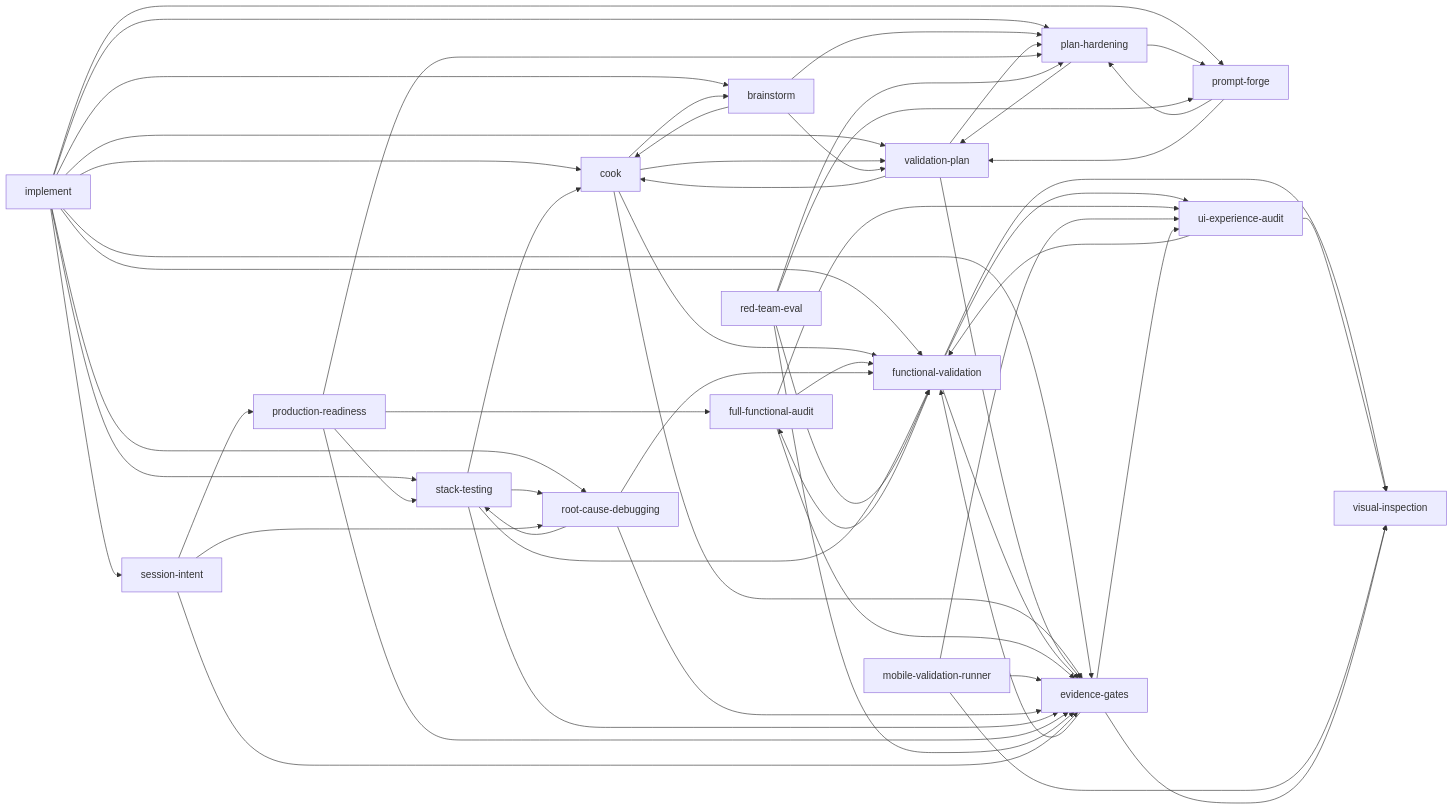
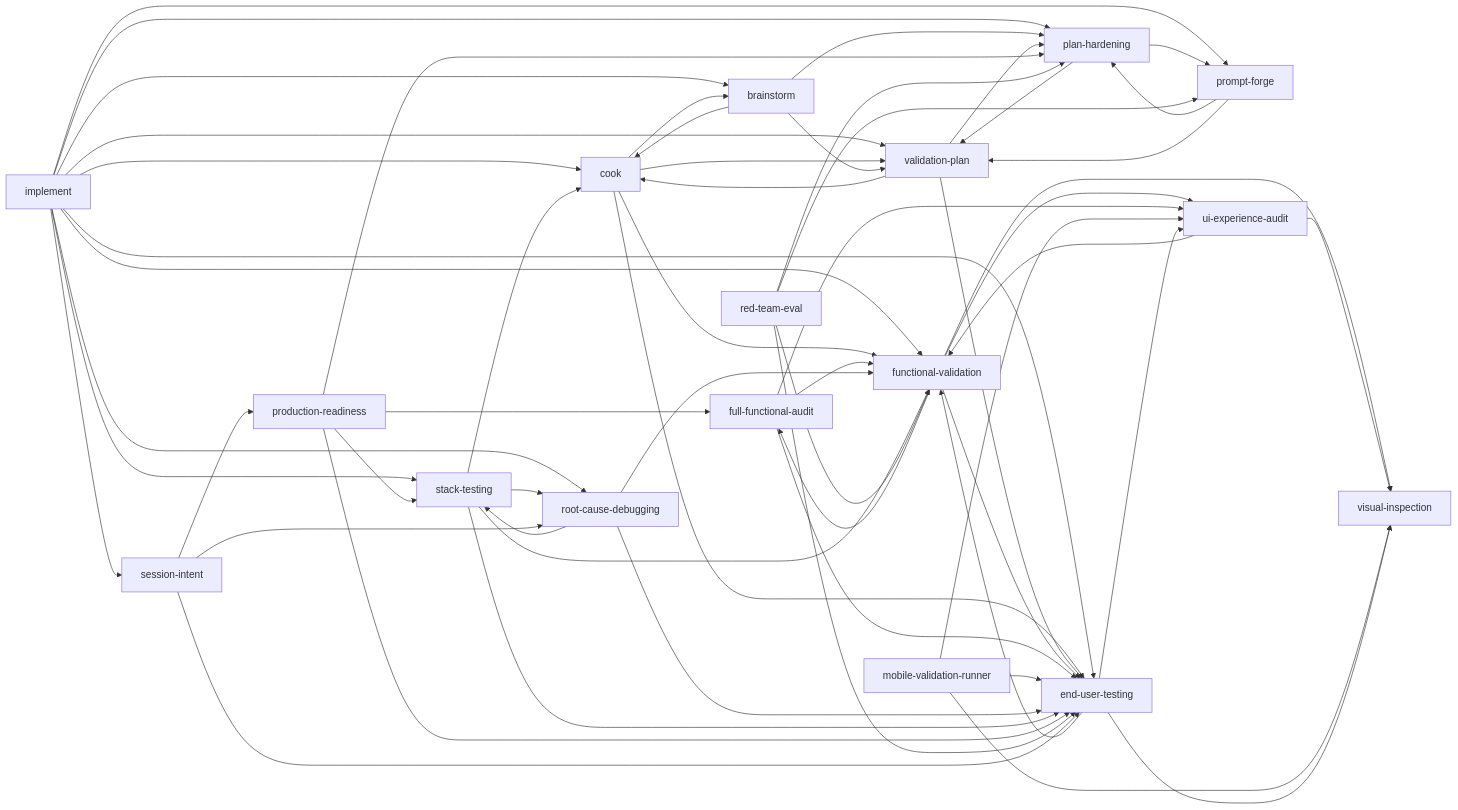
One commit to krzemienski/proofpunk changed the third of 5 diagrams in README.md. Above: the diagram before and after it, drawn with Mermaid. The commit also changed other lines of this file and 114 other files, not shown here.

First line of the commit message:
v1.7.0: execution-logic doctrine, end-user-testing rename, 20-theme cyberpunk pack, OMP + OpenCode plugins

````diff
--- a/README.md
+++ b/README.md
@@ -472,60 +511,60 @@
 ```mermaid
 graph LR
     IMP["implement"] --> SI["session-intent"]
     IMP --> PF["prompt-forge"]
     IMP --> VP["validation-plan"]
     IMP --> PH["plan-hardening"]
     IMP --> CK["cook"]
     IMP --> RCD["root-cause-debugging"]
     IMP --> FV["functional-validation"]
-    IMP --> EG["evidence-gates"]
+    IMP --> EG["end-user-testing"]
     IMP --> ST["stack-testing"]
     IMP --> BS["brainstorm"]
     CK --> VP
     CK --> FV
     CK --> EG
     CK --> BS
     BS --> VP
     BS --> PH
     BS --> CK
     VP --> PH
     VP --> EG
     VP --> CK
     PH --> VP
     PH --> PF
     PF --> PH
     PF --> VP
     FV --> EG
     FV --> FFA["full-functional-audit"]
     FV --> VI["visual-inspection"]
     FV --> UX["ui-experience-audit"]
     FFA --> FV
     FFA --> EG
     FFA --> UX
     UX --> VI
     UX --> FV
     MVR["mobile-validation-runner"] --> VI
     MVR --> UX
     MVR --> EG
     RCD --> ST
     RCD --> FV
     RCD --> EG
     ST --> FV
     ST --> EG
     ST --> RCD
     ST --> CK
     PR["production-readiness"] --> FFA
     PR --> ST
     PR --> EG
     PR --> PH
     RTE["red-team-eval"] --> PH
     RTE --> PF
     RTE --> FV
     RTE --> EG
     SI --> PR
     SI --> RCD
     SI --> EG
     EG --> FV
     EG --> VI
     EG --> UX
 ```
````
